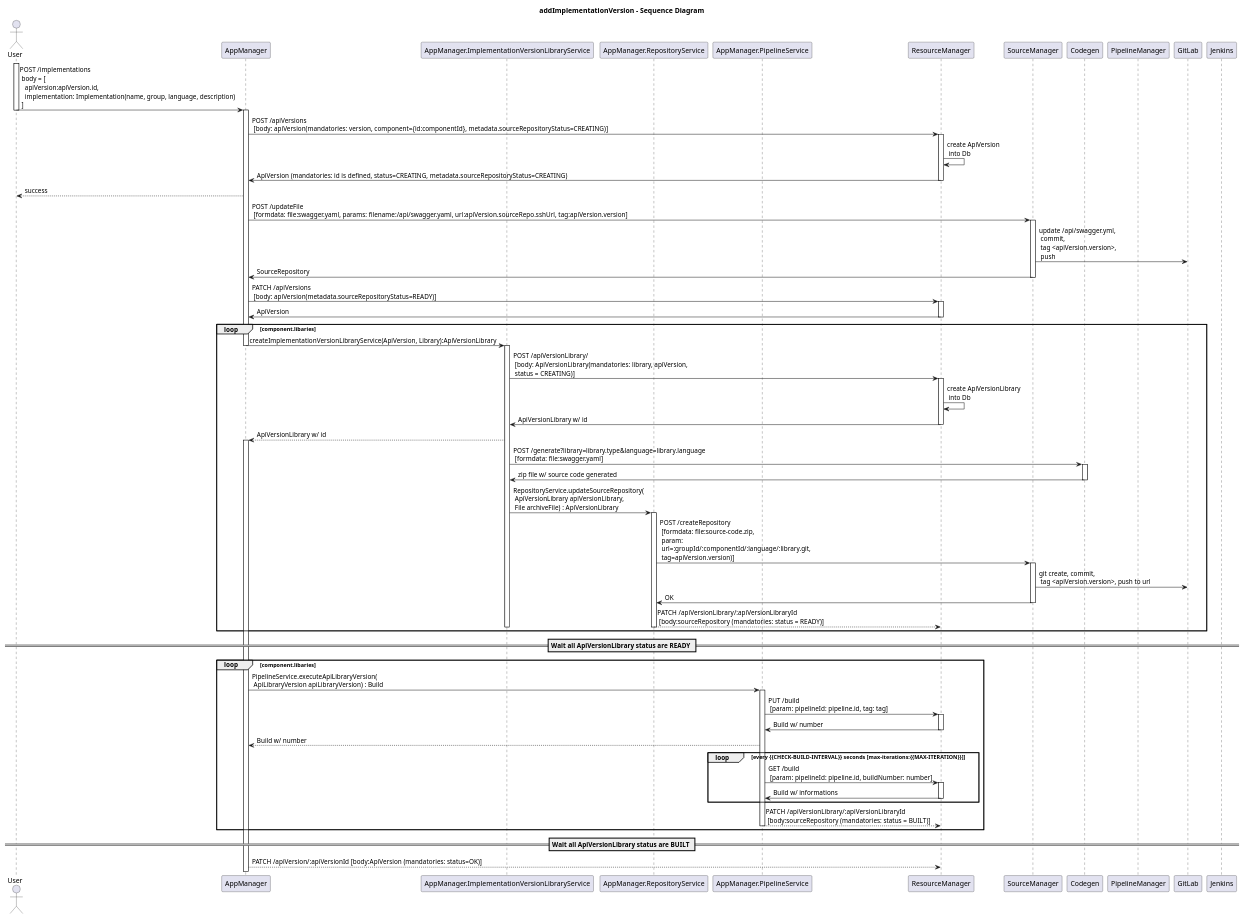
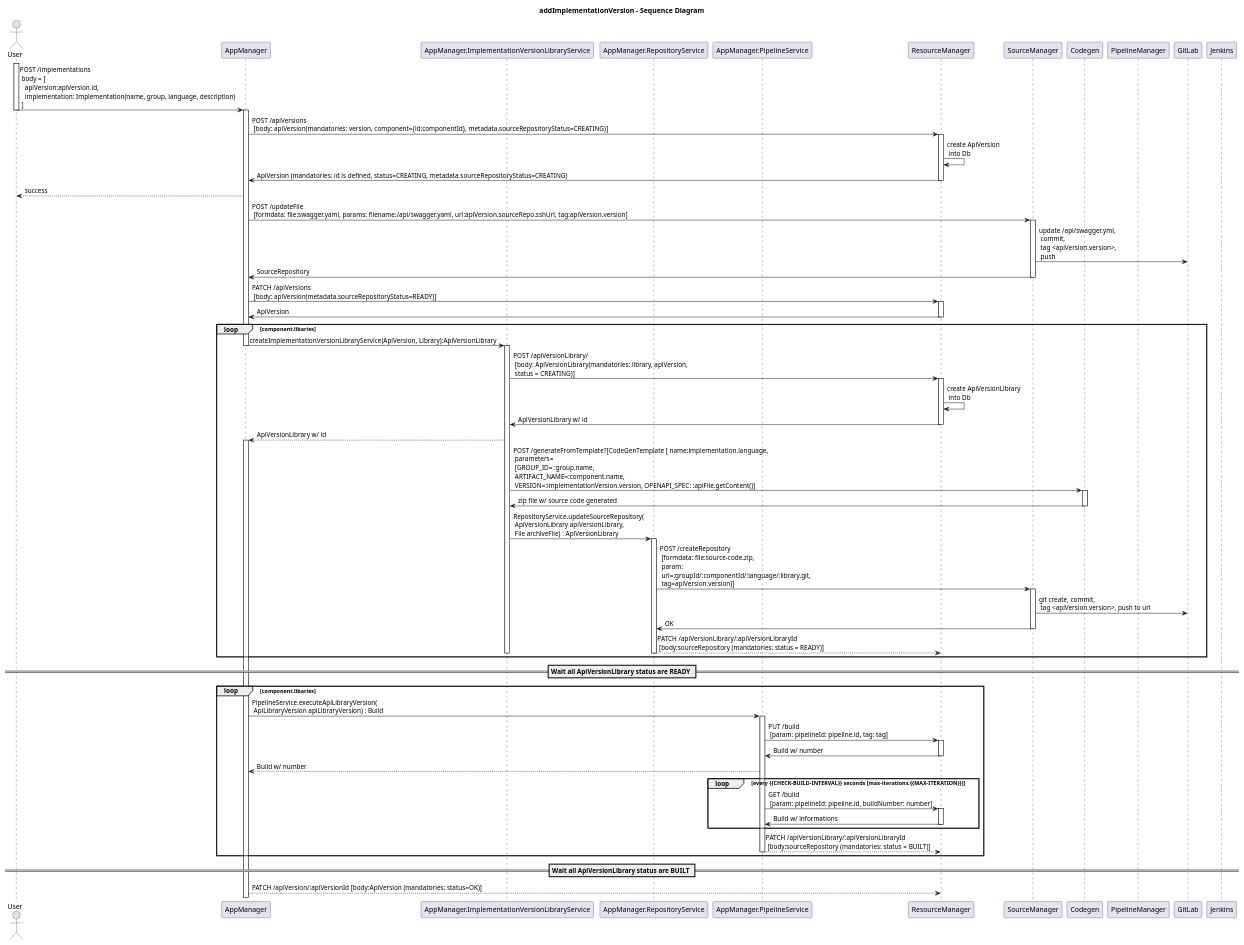
Before and after one commit to kathra-project/specifications: the diagram in Use cases/Implementation/create-implementation.puml, drawn with PlantUML. The commit also changed 7 other files, not shown here.

Commit message:
Upgrade CodeGen Spec

```diff
--- a/Use cases/Implementation/create-implementation.puml
+++ b/Use cases/Implementation/create-implementation.puml
@@ -1,118 +1,118 @@
 @startuml
 
 title "addImplementationVersion - Sequence Diagram"
 
 actor User
 'boundary Proxy
 participant AppManager
 participant AppManager.ImplementationVersionLibraryService
 participant AppManager.RepositoryService
 participant AppManager.PipelineService
 
 participant ResourceManager
 participant SourceManager
 participant Codegen
 participant PipelineManager
 participant GitLab
 participant Jenkins
 
 
 activate User
 User -> AppManager: POST /implementations \n body = [\n   apiVersion:apiVersion.id,\n   implementation: Implementation(name, group, language, description)\n ]
 deactivate User
 activate AppManager
 AppManager -> ResourceManager: POST /apiVersions \n [body: apiVersion(mandatories: version, component={id:componentId}, metadata.sourceRepositoryStatus=CREATING)]
 activate ResourceManager
 ResourceManager -> ResourceManager: create ApiVersion \n into Db
 ResourceManager -> AppManager: ApiVersion (mandatories: id is defined, status=CREATING, metadata.sourceRepositoryStatus=CREATING)
 deactivate ResourceManager
 AppManager --> User: success
 
 AppManager -> SourceManager: POST /updateFile \n [formdata: file:swagger.yaml, params: filename:/api/swagger.yaml, url:apiVersion.sourceRepo.sshUrl, tag:apiVersion.version]
 activate SourceManager
 SourceManager -> GitLab: update /api/swagger.yml, \n commit, \n tag <apiVersion.version>, \n push
 SourceManager -> AppManager: SourceRepository
 deactivate SourceManager
 
 AppManager -> ResourceManager: PATCH /apiVersions \n [body: apiVersion(metadata.sourceRepositoryStatus=READY)]
 activate ResourceManager
 ResourceManager -> AppManager: ApiVersion
 deactivate ResourceManager
 
 
 
 loop component.libaries
 
     AppManager -> AppManager.ImplementationVersionLibraryService: createImplementationVersionLibraryService(ApiVersion, Library):ApiVersionLibrary
     deactivate AppManager
     activate AppManager.ImplementationVersionLibraryService
 
         AppManager.ImplementationVersionLibraryService -> ResourceManager: POST /apiVersionLibrary/ \n [body: ApiVersionLibrary(mandatories: library, apiVersion, \n status = CREATING)]
         activate ResourceManager
             ResourceManager -> ResourceManager: create ApiVersionLibrary \n into Db
             ResourceManager -> AppManager.ImplementationVersionLibraryService: ApiVersionLibrary w/ id
         deactivate ResourceManager
 
     AppManager.ImplementationVersionLibraryService --> AppManager : ApiVersionLibrary w/ id
     activate AppManager
 
-        AppManager.ImplementationVersionLibraryService -> Codegen: POST /generate?library=library.type&language=library.language \n [formdata: file:swagger.yaml]
+        AppManager.ImplementationVersionLibraryService -> Codegen: POST /generateFromTemplate?[CodeGenTemplate [ name:implementation.language, \n parameters= \n [GROUP_ID= :group.name,\n ARTIFACT_NAME=:component.name,\n VERSION=:implementationVersion.version, OPENAPI_SPEC: :apiFile.getContent()] 
         activate Codegen
         Codegen -> AppManager.ImplementationVersionLibraryService: zip file w/ source code generated
         deactivate Codegen
 
         AppManager.ImplementationVersionLibraryService -> AppManager.RepositoryService: RepositoryService.updateSourceRepository( \n ApiVersionLibrary apiVersionLibrary, \n File archiveFile) : ApiVersionLibrary
         activate AppManager.RepositoryService
 
 
             AppManager.RepositoryService -> SourceManager: POST /createRepository \n [formdata: file:source-code.zip, \n param: \n url=:groupId/:componentId/:language/:library.git, \n tag=apiVersion.version)]
             activate SourceManager
                 SourceManager -> GitLab: git create, commit, \n tag <apiVersion.version>, push to url
                 SourceManager -> AppManager.RepositoryService: OK
             deactivate SourceManager
 
         AppManager.RepositoryService --> ResourceManager: PATCH /apiVersionLibrary/:apiVersionLibraryId \n [body:sourceRepository (mandatories: status = READY)]
 
         deactivate AppManager.RepositoryService
         deactivate AppManager.ImplementationVersionLibraryService
 
 
 
 end
 
 == Wait all ApiVersionLibrary status are READY ==
 
 
 loop component.libaries
 
 
 
         AppManager -> AppManager.PipelineService: PipelineService.executeApiLibraryVersion(\n ApiLibraryVersion apiLibraryVersion) : Build
         activate AppManager.PipelineService
 
             AppManager.PipelineService -> ResourceManager: PUT /build \n [param: pipelineId: pipeline.id, tag: tag]
             activate ResourceManager
             ResourceManager -> AppManager.PipelineService: Build w/ number
             deactivate ResourceManager
 
             AppManager.PipelineService --> AppManager: Build w/ number
 
             loop every {{CHECK-BUILD-INTERVAL}} seconds [max-iterations:{{MAX-ITERATION}}]
                 AppManager.PipelineService -> ResourceManager: GET /build \n [param: pipelineId: pipeline.id, buildNumber: number]
                 activate ResourceManager
                 ResourceManager -> AppManager.PipelineService: Build w/ informations
                 deactivate ResourceManager
             end
 
         AppManager.PipelineService --> ResourceManager: PATCH /apiVersionLibrary/:apiVersionLibraryId \n [body:sourceRepository (mandatories: status = BUILT)]
         deactivate AppManager.PipelineService
 
 
 end
 
 == Wait all ApiVersionLibrary status are BUILT ==
 
 AppManager --> ResourceManager : PATCH /apiVersion/:apiVersionId [body:ApiVersion (mandatories: status=OK)]
 
 
 @enduml
```
